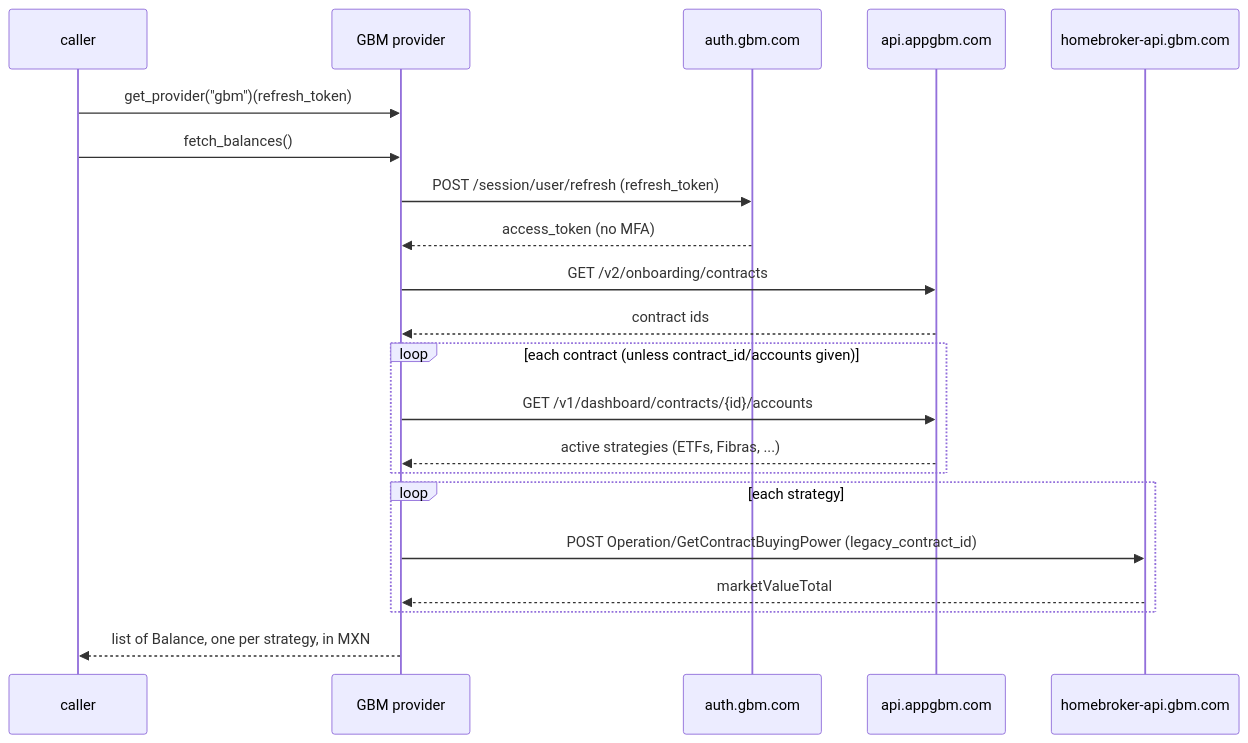
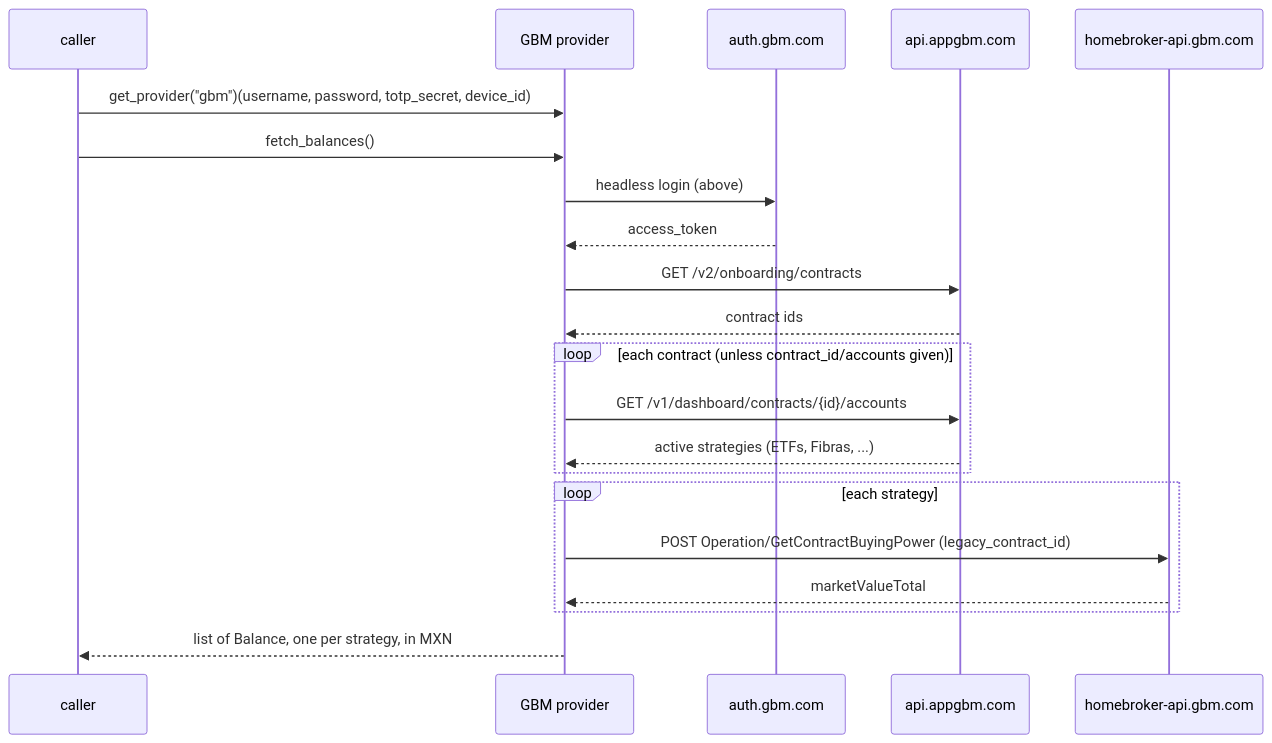
Before and after one commit to PaoloReyes/finscraper-mx: the second of 2 diagrams in docs/flows/gbm.md, drawn with Mermaid. The commit also changed other lines of this file and 6 other files, not shown here.

First line of the commit message:
gbm: fully headless provider via on-device TOTP minting

````diff
--- a/docs/flows/gbm.md
+++ b/docs/flows/gbm.md
@@ -29,24 +40,24 @@
 ```mermaid
 sequenceDiagram
   participant C as caller
   participant P as GBM provider
   participant AU as auth.gbm.com
   participant AP as api.appgbm.com
   participant HB as homebroker-api.gbm.com
 
-  C->>P: get_provider("gbm")(refresh_token)
+  C->>P: get_provider("gbm")(username, password, totp_secret, device_id)
   C->>P: fetch_balances()
-  P->>AU: POST /session/user/refresh (refresh_token)
-  AU-->>P: access_token (no MFA)
+  P->>AU: headless login (above)
+  AU-->>P: access_token
   P->>AP: GET /v2/onboarding/contracts
   AP-->>P: contract ids
   loop each contract (unless contract_id/accounts given)
     P->>AP: GET /v1/dashboard/contracts/{id}/accounts
     AP-->>P: active strategies (ETFs, Fibras, ...)
   end
   loop each strategy
     P->>HB: POST Operation/GetContractBuyingPower (legacy_contract_id)
     HB-->>P: marketValueTotal
   end
   P-->>C: list of Balance, one per strategy, in MXN
 ```
````
